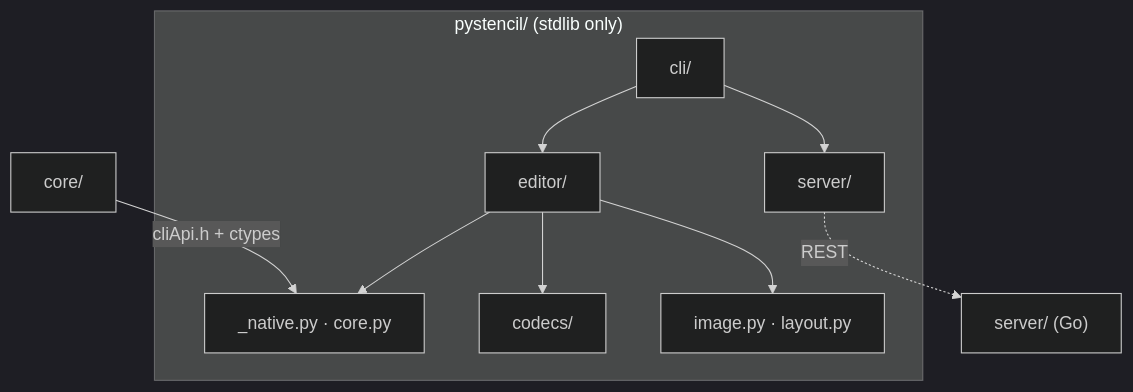
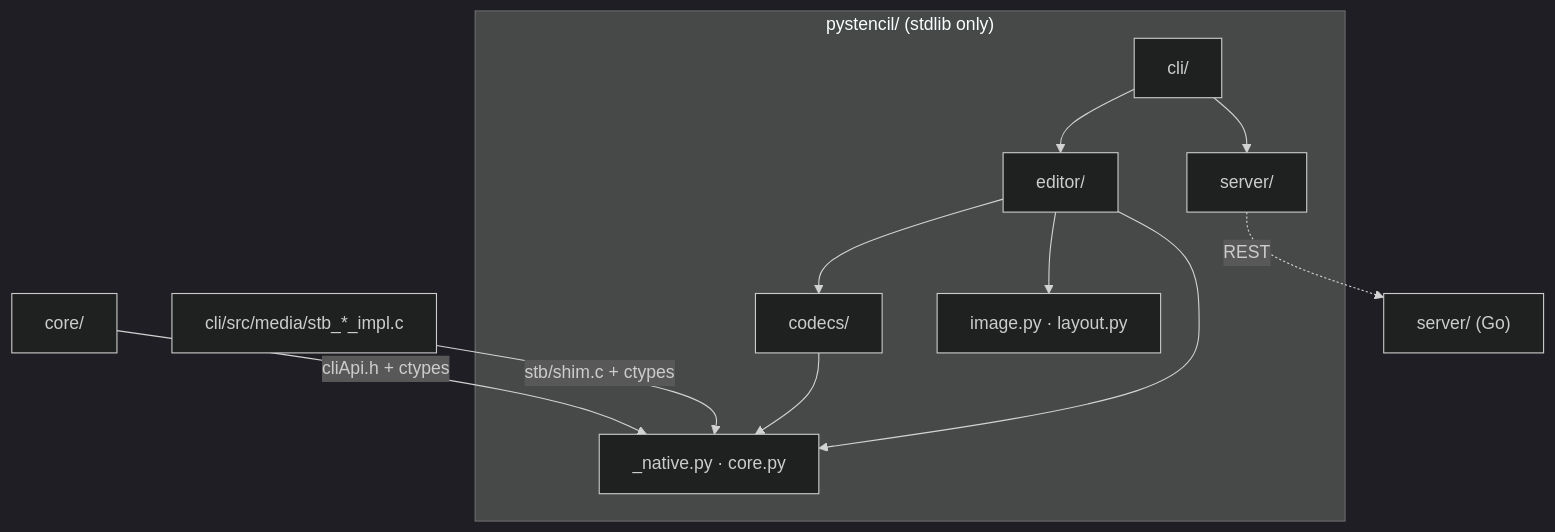
The first of 2 diagrams in pystencil/ARCHITECTURE.md (andrew1407/stencil), drawn with Mermaid (dark theme) before and after one commit. The commit also changed other lines of this file and 3356 other files, not shown here.

````diff
--- a/pystencil/ARCHITECTURE.md
+++ b/pystencil/ARCHITECTURE.md
@@ -5,21 +5,21 @@
 ```mermaid
 graph TD
     CORE["core/"]
+    STB["cli/src/media/stb_*_impl.c"]
     subgraph PY["pystencil/ (stdlib only)"]
       NATIVE["_native.py · core.py"]
       CODECS["codecs/"]
       IMG["image.py · layout.py"]
       ED["editor/"]
       SRVC["server/"]
       CLIM["cli/"]
     end
     SRV["server/ (Go)"]
 
     CORE -->|"cliApi.h + ctypes"| NATIVE
-    ED --> NATIVE
-    ED --> IMG
-    ED --> CODECS
-    CLIM --> ED
-    CLIM --> SRVC
+    STB -->|"stb/shim.c + ctypes"| NATIVE
+    CODECS --> NATIVE
+    ED --> NATIVE & IMG & CODECS
+    CLIM --> ED & SRVC
     SRVC -.->|"REST"| SRV
 ```
````
